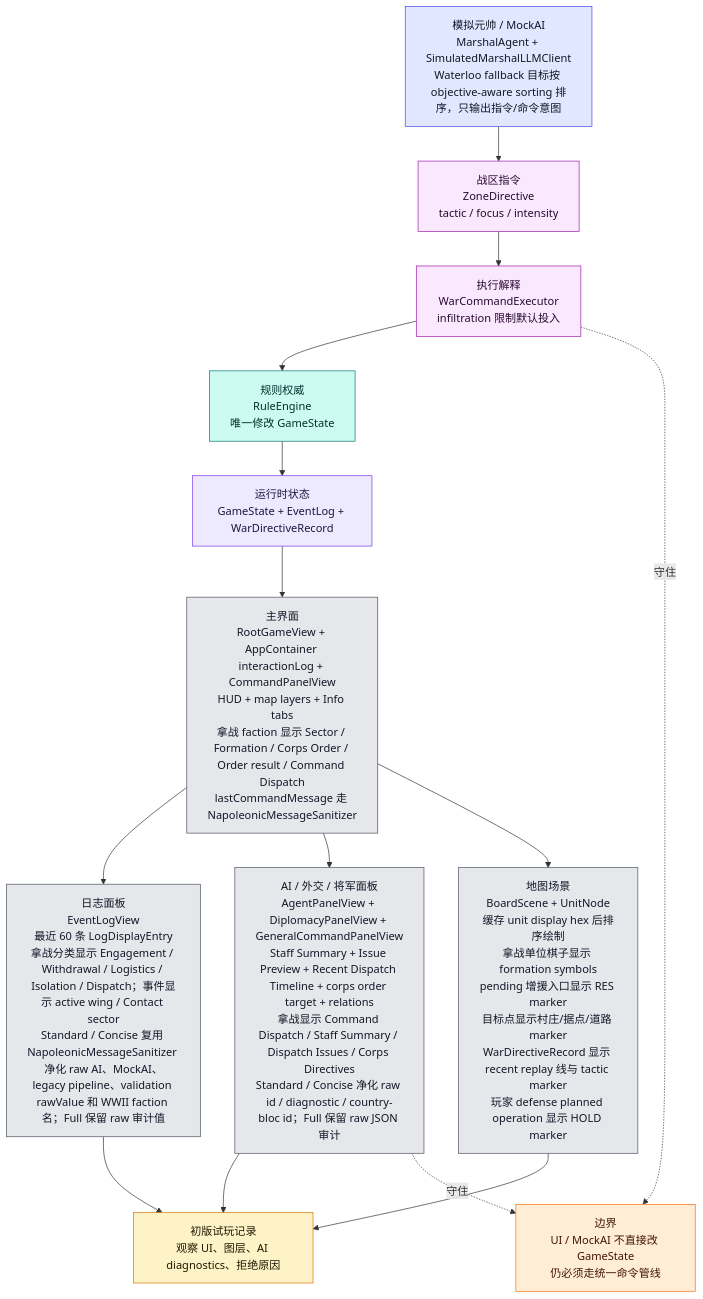
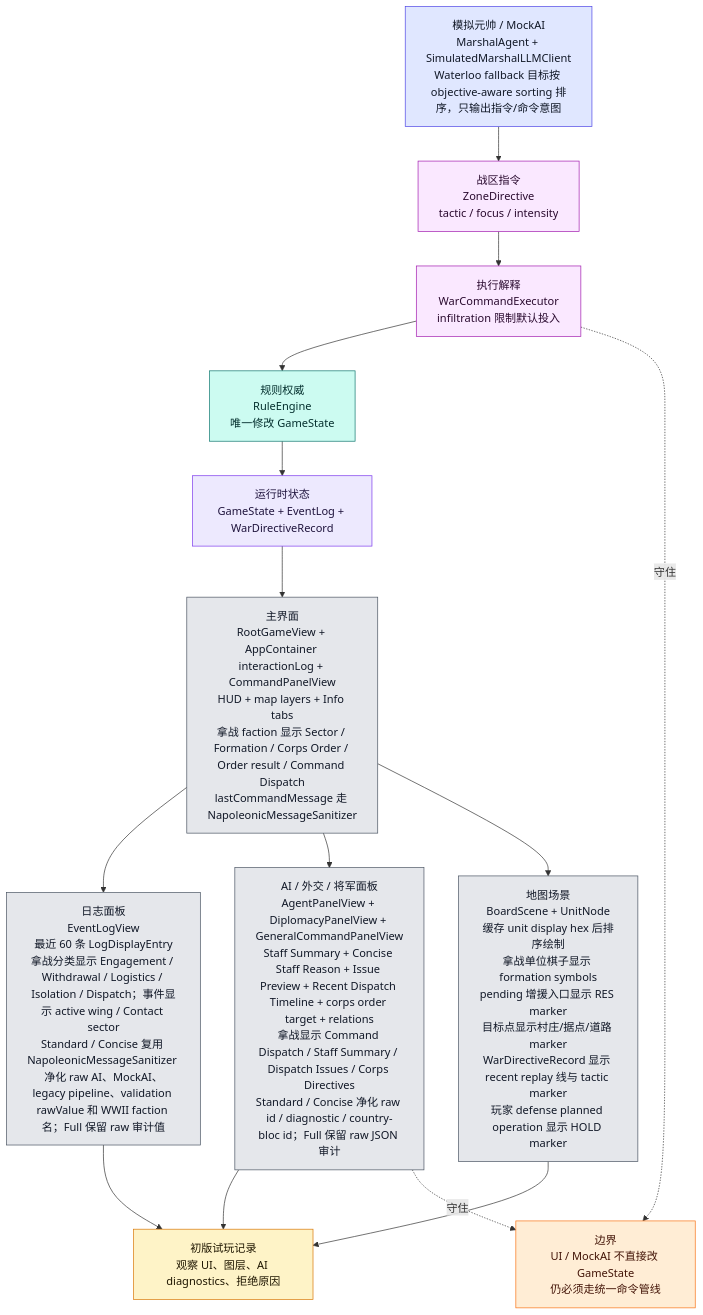
The eighth of 9 diagrams in md/flow/flowchart.md (Altman-sam114/122), drawn with Mermaid before and after one commit. The commit also changed other lines of this file and 5 other files, not shown here.

Commit message:
feat: show concise staff reason

````diff
--- a/md/flow/flowchart.md
+++ b/md/flow/flowchart.md
@@ -430,34 +430,34 @@
 ```mermaid
 flowchart TD
     STATE["运行时状态<br/>GameState + EventLog + WarDirectiveRecord"]:::state
     ROOT["主界面<br/>RootGameView + AppContainer interactionLog + CommandPanelView<br/>HUD + map layers + Info tabs<br/>拿战 faction 显示 Sector / Formation / Corps Order / Order result / Command Dispatch<br/>lastCommandMessage 走 NapoleonicMessageSanitizer"]:::ui
     LOG["日志面板<br/>EventLogView<br/>最近 60 条 LogDisplayEntry<br/>拿战分类显示 Engagement / Withdrawal / Logistics / Isolation / Dispatch；事件显示 active wing / Contact sector<br/>Standard / Concise 复用 NapoleonicMessageSanitizer 净化 raw AI、MockAI、legacy pipeline、validation rawValue 和 WWII faction 名；Full 保留 raw 审计值"]:::ui
-    AIUI["AI / 外交 / 将军面板<br/>AgentPanelView + DiplomacyPanelView + GeneralCommandPanelView<br/>Staff Summary + Issue Preview + Recent Dispatch Timeline + corps order target + relations<br/>拿战显示 Command Dispatch / Staff Summary / Dispatch Issues / Corps Directives<br/>Standard / Concise 净化 raw id / diagnostic / country-bloc id；Full 保留 raw JSON 审计"]:::ui
+    AIUI["AI / 外交 / 将军面板<br/>AgentPanelView + DiplomacyPanelView + GeneralCommandPanelView<br/>Staff Summary + Concise Staff Reason + Issue Preview + Recent Dispatch Timeline + corps order target + relations<br/>拿战显示 Command Dispatch / Staff Summary / Dispatch Issues / Corps Directives<br/>Standard / Concise 净化 raw id / diagnostic / country-bloc id；Full 保留 raw JSON 审计"]:::ui
     BOARD["地图场景<br/>BoardScene + UnitNode<br/>缓存 unit display hex 后排序绘制<br/>拿战单位棋子显示 formation symbols<br/>pending 增援入口显示 RES marker<br/>目标点显示村庄/据点/道路 marker<br/>WarDirectiveRecord 显示 recent replay 线与 tactic marker<br/>玩家 defense planned operation 显示 HOLD marker"]:::ui
     MARSHAL["模拟元帅 / MockAI<br/>MarshalAgent + SimulatedMarshalLLMClient<br/>Waterloo fallback 目标按 objective-aware sorting 排序，只输出指令/命令意图"]:::ai
     ZD["战区指令<br/>ZoneDirective<br/>tactic / focus / intensity"]:::command
     WCE["执行解释<br/>WarCommandExecutor<br/>infiltration 限制默认投入"]:::command
     RULE["规则权威<br/>RuleEngine<br/>唯一修改 GameState"]:::rules
     PLAYTEST["初版试玩记录<br/>观察 UI、图层、AI diagnostics、拒绝原因"]:::doc
 
     STATE --> ROOT
     ROOT --> LOG
     ROOT --> AIUI
     ROOT --> BOARD
     MARSHAL --> ZD --> WCE --> RULE --> STATE
     AIUI --> PLAYTEST
     LOG --> PLAYTEST
     BOARD --> PLAYTEST
 
     WARN["边界<br/>UI / MockAI 不直接改 GameState<br/>仍必须走统一命令管线"]:::warn
     AIUI -.守住.-> WARN
     WCE -.守住.-> WARN
 
     classDef state fill:#ede9fe,stroke:#7c3aed,color:#1f143d
     classDef ui fill:#e5e7eb,stroke:#4b5563,color:#111827
     classDef ai fill:#e0e7ff,stroke:#4f46e5,color:#111827
     classDef command fill:#fae8ff,stroke:#a21caf,color:#2a0a2f
     classDef rules fill:#ccfbf1,stroke:#0f766e,color:#042f2e
     classDef doc fill:#fef3c7,stroke:#d97706,color:#1f1600
     classDef warn fill:#ffedd5,stroke:#f97316,color:#431407
 ```
````
